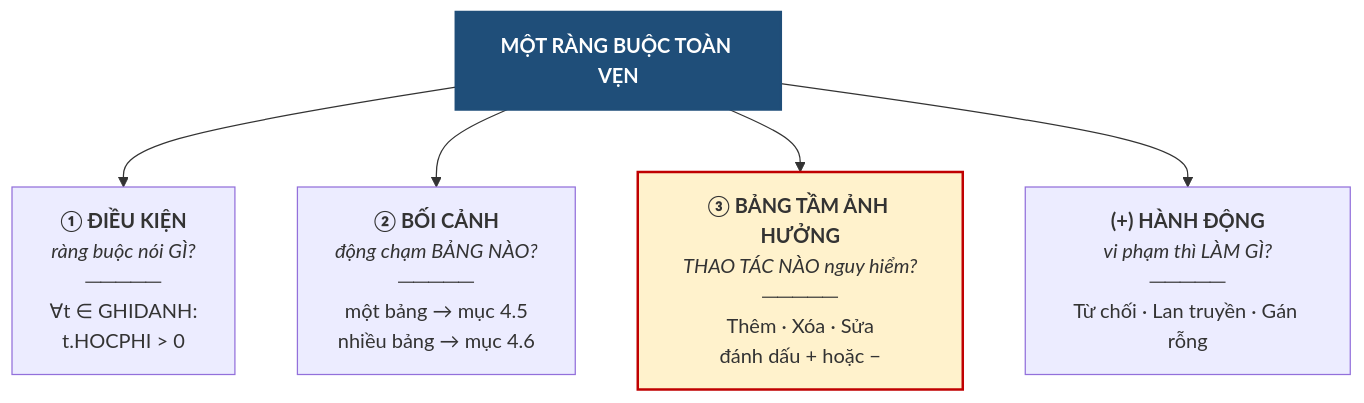
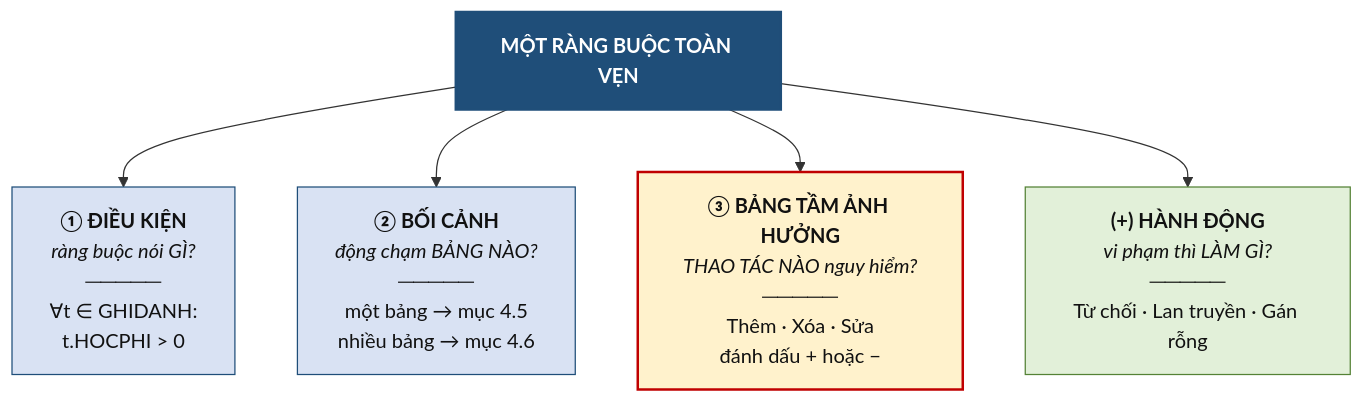
One commit to CuongNguyenDAU/csdl-dbs201 changed the diagram in docs/chuong-4/4-2-ba-yeu-to-cua-mot-rang-buoc-toan-ven.md. Above: the diagram before and after it, drawn with Mermaid. The commit also changed 123 other files, not shown here.

Commit message:
Cập nhật bài giảng v7: sơ đồ ER ký pháp Chen, hình minh họa tự vẽ, mở rộng toàn diện Chương 5 và bổ sung lời giải A4, B5

````diff
--- a/docs/chuong-4/4-2-ba-yeu-to-cua-mot-rang-buoc-toan-ven.md
+++ b/docs/chuong-4/4-2-ba-yeu-to-cua-mot-rang-buoc-toan-ven.md
@@ -11,10 +11,13 @@
 ```mermaid
 flowchart TB
     R["<b>MỘT RÀNG BUỘC TOÀN VẸN</b>"]
     R --> E1["<b>① ĐIỀU KIỆN</b><br/><i>ràng buộc nói GÌ?</i><br/>─────<br/>∀t ∈ GHIDANH:<br/>t.HOCPHI &gt; 0"]
     R --> E2["<b>② BỐI CẢNH</b><br/><i>động chạm BẢNG NÀO?</i><br/>─────<br/>một bảng → mục 4.5<br/>nhiều bảng → mục 4.6"]
     R --> E3["<b>③ BẢNG TẦM ẢNH HƯỞNG</b><br/><i>THAO TÁC NÀO nguy hiểm?</i><br/>─────<br/>Thêm · Xóa · Sửa<br/>đánh dấu + hoặc −"]
     R --> E4["<b>(+) HÀNH ĐỘNG</b><br/><i>vi phạm thì LÀM GÌ?</i><br/>─────<br/>Từ chối · Lan truyền · Gán rỗng"]
-    style R fill:#1F4E79,color:#fff,stroke:#1F4E79,stroke-width:2px
-    style E3 fill:#FFF2CC,stroke:#C00000,stroke-width:2px
+    style R fill:#1F4E79,color:#ffffff,stroke:#1F4E79,stroke-width:2px
+    style E1 fill:#D9E2F3,stroke:#1F4E79,color:#111111
+    style E2 fill:#D9E2F3,stroke:#1F4E79,color:#111111
+    style E3 fill:#FFF2CC,stroke:#C00000,stroke-width:2px,color:#111111
+    style E4 fill:#E2F0D9,stroke:#548235,color:#111111
 ```
````
